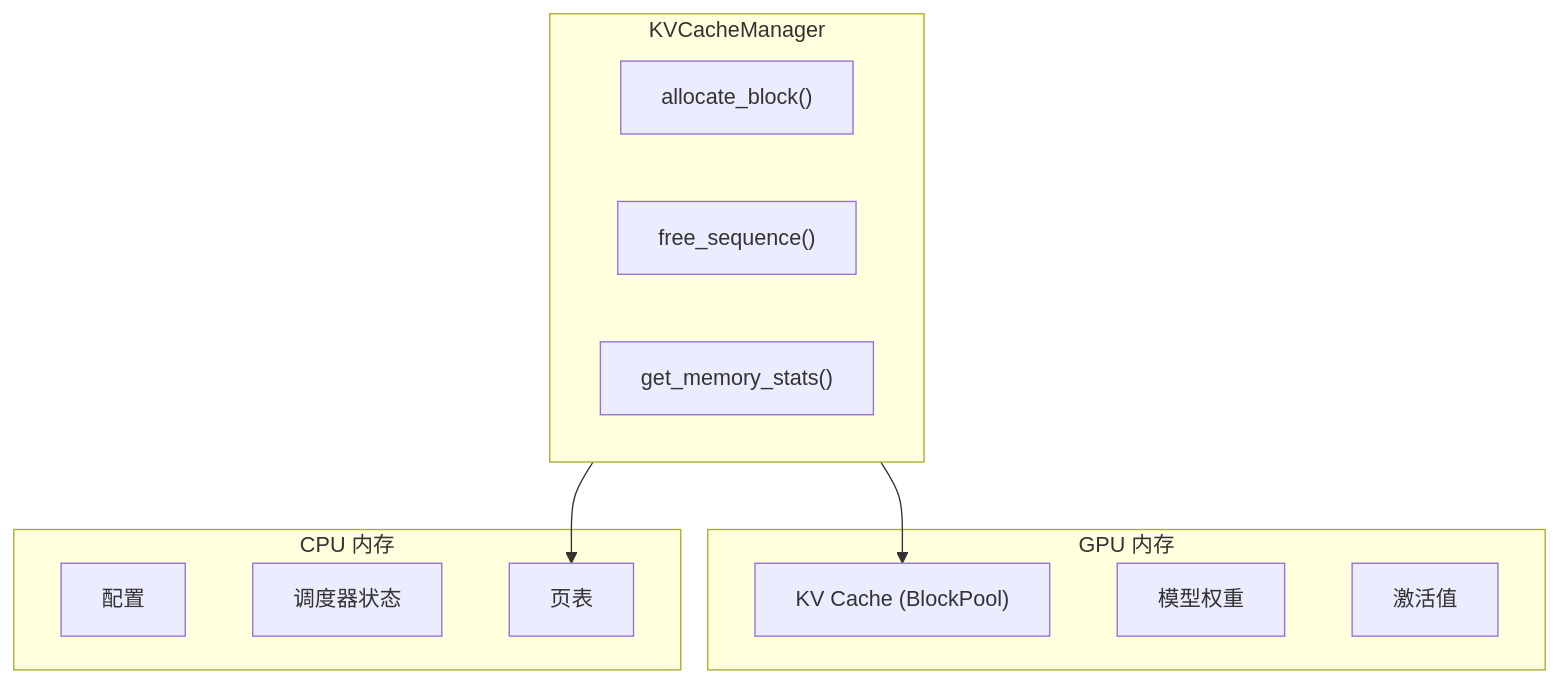
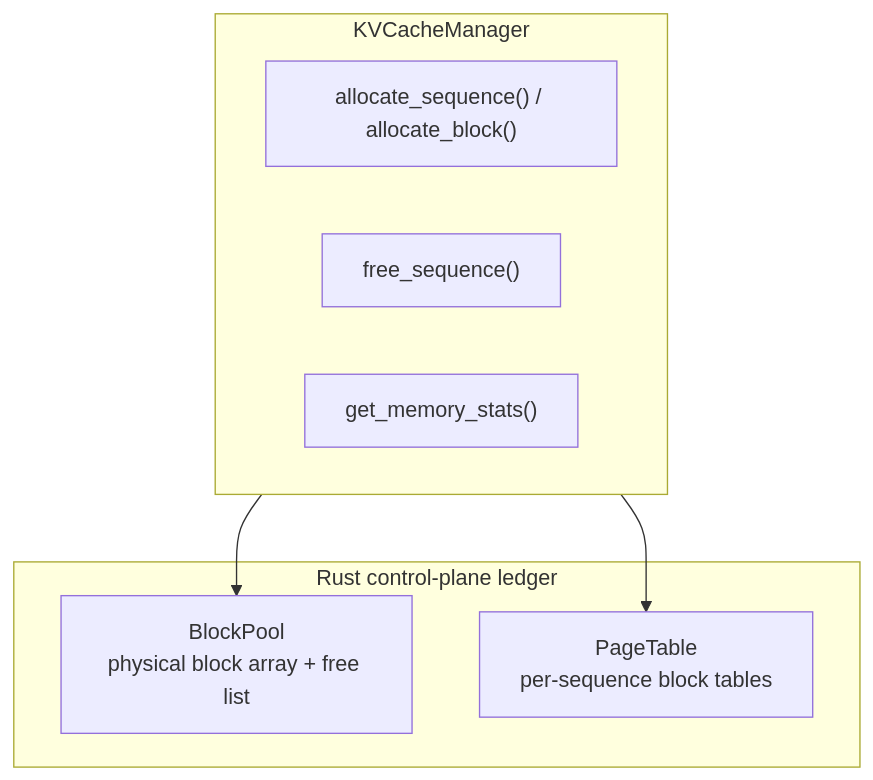
The diagram in docs/en/architecture/memory-management.md (AICL-Lab/hetero-paged-infer), drawn with Mermaid before and after one commit. The commit also changed other lines of this file and 42 other files, not shown here.

````diff
--- a/docs/en/architecture/memory-management.md
+++ b/docs/en/architecture/memory-management.md
@@ -7,23 +7,16 @@
 ```mermaid
 flowchart TB
-    subgraph GPU["GPU 内存"]
-        KV["KV Cache (BlockPool)"]
-        Model["模型权重"]
-        Activations["激活值"]
+    subgraph Ledger["Rust control-plane ledger"]
+        Pool["BlockPool<br/>physical block array + free list"]
+        PageTables["PageTable<br/>per-sequence block tables"]
     end
-    
-    subgraph CPU["CPU 内存"]
-        Config["配置"]
-        Scheduler["调度器状态"]
-        PageTables["页表"]
-    end
-    
+
     subgraph Manager["KVCacheManager"]
-        Allocate["allocate_block()"]
+        Allocate["allocate_sequence() / allocate_block()"]
         Free["free_sequence()"]
         Stats["get_memory_stats()"]
     end
-    
-    Manager --> KV
+
+    Manager --> Pool
     Manager --> PageTables
 ```
````
